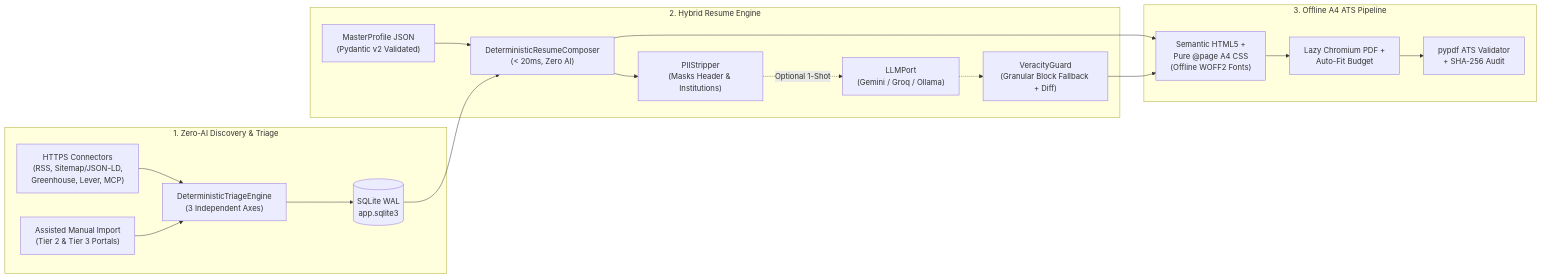
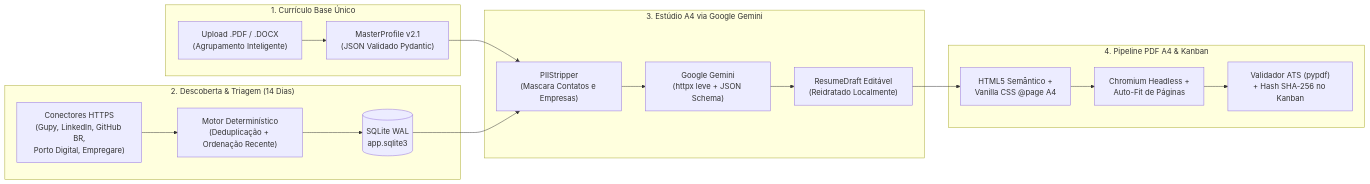
The diagram in README.md (GustavoHFS/Resumatch), drawn with Mermaid before and after one commit. The commit also changed other lines of this file and 85 other files, not shown here.

Commit message:
feat(v2.2): unify pt-BR base resume, minimalist UI, native exe launcher, A4/Gemini shielding, and multi-layer job discovery

````diff
--- a/README.md
+++ b/README.md
@@ -13,23 +53,24 @@
 ```mermaid
 flowchart LR
-    subgraph Discovery["1. Zero-AI Discovery & Triage"]
-        SRC["HTTPS Connectors\n(RSS, Sitemap/JSON-LD,\nGreenhouse, Lever, MCP)"] --> TRI["DeterministicTriageEngine\n(3 Independent Axes)"]
-        IMP["Assisted Manual Import\n(Tier 2 & Tier 3 Portals)"] --> TRI
+    subgraph Base["1. Currículo Base Único"]
+        UP["Upload .PDF / .DOCX\n(Agrupamento Inteligente)"] --> MP["MasterProfile v2.1\n(JSON Validado Pydantic)"]
+    end
+
+    subgraph Vagas["2. Descoberta & Triagem (14 Dias)"]
+        CON["Conectores HTTPS\n(Gupy, LinkedIn, GitHub BR,\nPorto Digital, Empregare)"] --> TRI["Motor Determinístico\n(Deduplicação + Ordenação Recente)"]
         TRI --> DB[("SQLite WAL\napp.sqlite3")]
     end
 
-    subgraph Studio["2. Hybrid Resume Engine"]
-        PROF["MasterProfile JSON\n(Pydantic v2 Validated)"] --> COMP["DeterministicResumeComposer\n(< 20ms, Zero AI)"]
-        DB --> COMP
-        COMP --> STRIP["PIIStripper\n(Masks Header & Institutions)"]
-        STRIP -. "Optional 1-Shot" .-> LLM["LLMPort\n(Gemini / Groq / Ollama)"]
-        LLM -.-> GUARD["VeracityGuard\n(Granular Block Fallback + Diff)"]
+    subgraph Estudio["3. Estúdio A4 via Google Gemini"]
+        MP --> MASK["PIIStripper\n(Mascara Contatos e Empresas)"]
+        DB --> MASK
+        MASK --> LLM["Google Gemini\n(httpx leve + JSON Schema)"]
+        LLM --> DRAFT["ResumeDraft Editável\n(Reidratado Localmente)"]
     end
 
-    subgraph Export["3. Offline A4 ATS Pipeline"]
-        COMP --> HTML["Semantic HTML5 +\nPure @page A4 CSS\n(Offline WOFF2 Fonts)"]
-        GUARD --> HTML
-        HTML --> PDF["Lazy Chromium PDF +\nAuto-Fit Budget"]
-        PDF --> ATS["pypdf ATS Validator\n+ SHA-256 Audit"]
+    subgraph Export["4. Pipeline PDF A4 & Kanban"]
+        DRAFT --> HTML["HTML5 Semântico +\nVanilla CSS @page A4"]
+        HTML --> PDF["Chromium Headless +\nAuto-Fit de Páginas"]
+        PDF --> QA["Validador ATS (pypdf)\n+ Hash SHA-256 no Kanban"]
     end
 ```
````
